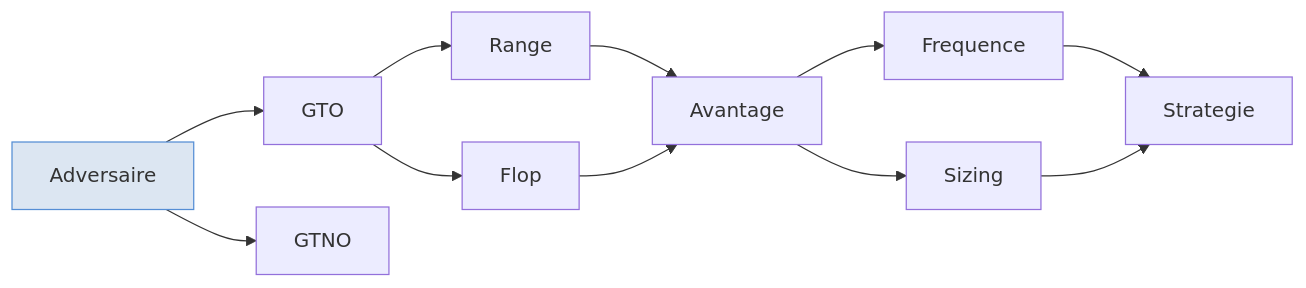
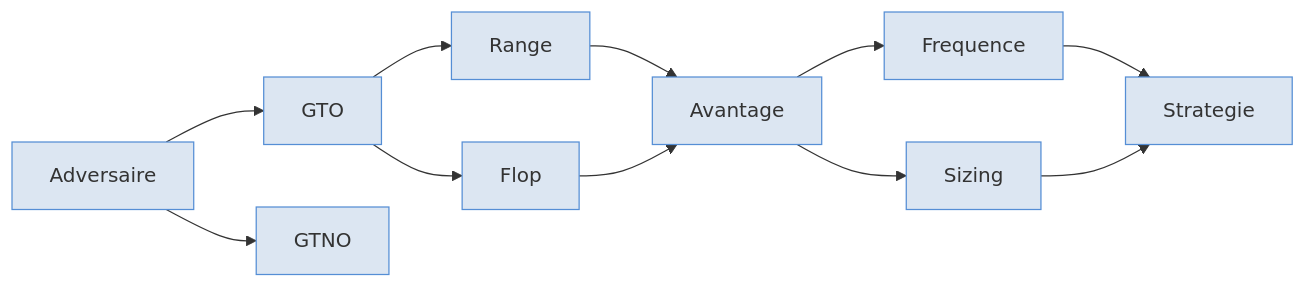
Before and after one commit to greglejeune/blog: the first of 2 diagrams in _posts/2020-01-01-test.md, drawn with Mermaid.

```diff
--- a/_posts/2020-01-01-test.md
+++ b/_posts/2020-01-01-test.md
@@ -16,14 +16,14 @@
     <div class="mermaid">
         graph LR
             Adversaire --> GTO
             Adversaire --> GTNO
             GTO --> Range
             GTO --> Flop
             Range --> Avantage
             Flop --> Avantage
             Avantage --> Frequence
             Avantage --> Sizing
             Frequence --> Strategie
             Sizing --> Strategie
-            style Adversaire fill:#dce6f2,stroke:#558ed5,stroke-width:1px
+            classDef default fill:#dce6f2,stroke:#558ed5,stroke-width:1px
     </div>
```
